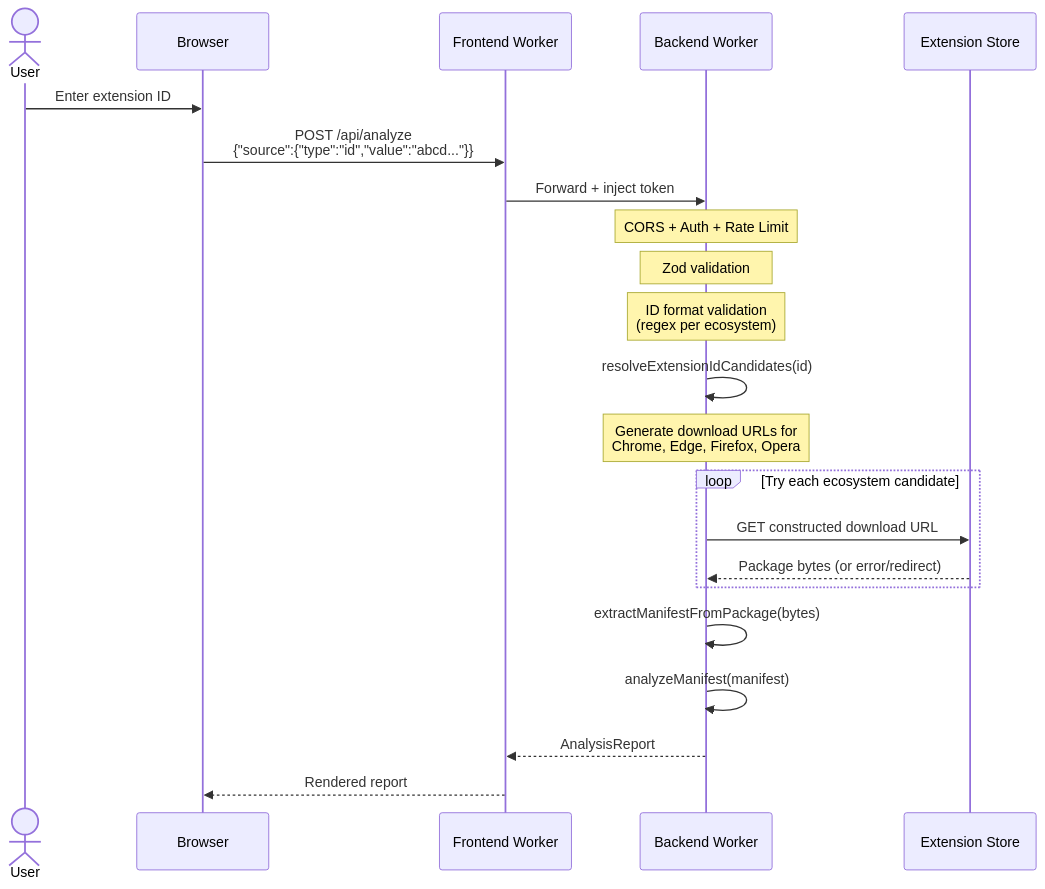
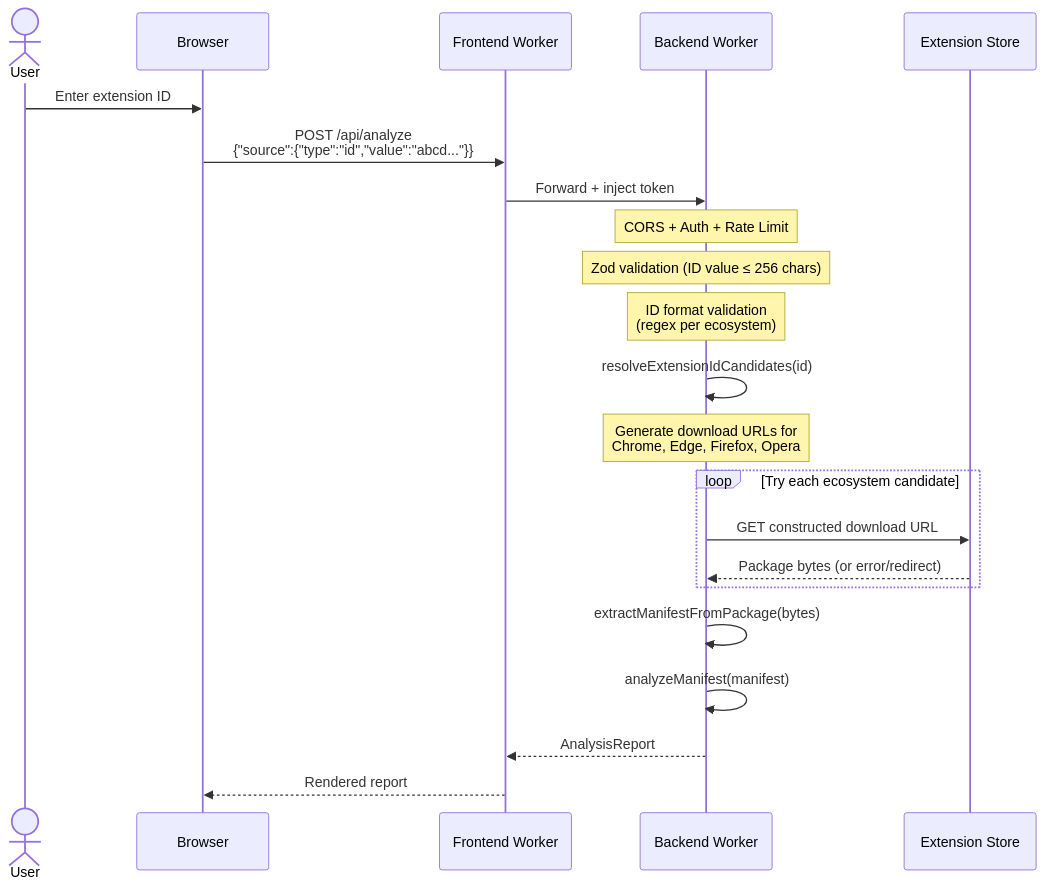
Before and after one commit to extensionchecker/extensionchecker-app: the third of 7 diagrams in docs/threatmodel/DATA_FLOWS.md, drawn with Mermaid. The commit also changed other lines of this file and 18 other files, not shown here.

````diff
--- a/docs/threatmodel/DATA_FLOWS.md
+++ b/docs/threatmodel/DATA_FLOWS.md
@@ -124,31 +124,31 @@
 ```mermaid
 sequenceDiagram
     actor User
     participant Browser
     participant FW as Frontend Worker
     participant BW as Backend Worker
     participant Store as Extension Store
 
     User->>Browser: Enter extension ID
     Browser->>FW: POST /api/analyze<br/>{"source":{"type":"id","value":"abcd..."}}
 
     FW->>BW: Forward + inject token
 
     Note over BW: CORS + Auth + Rate Limit
-    Note over BW: Zod validation
+    Note over BW: Zod validation (ID value ≤ 256 chars)
     Note over BW: ID format validation<br/>(regex per ecosystem)
 
     BW->>BW: resolveExtensionIdCandidates(id)
     Note over BW: Generate download URLs for<br/>Chrome, Edge, Firefox, Opera
 
     loop Try each ecosystem candidate
         BW->>Store: GET constructed download URL
         Store-->>BW: Package bytes (or error/redirect)
     end
 
     BW->>BW: extractManifestFromPackage(bytes)
     BW->>BW: analyzeManifest(manifest)
 
     BW-->>FW: AnalysisReport
     FW-->>Browser: Rendered report
 ```
````
